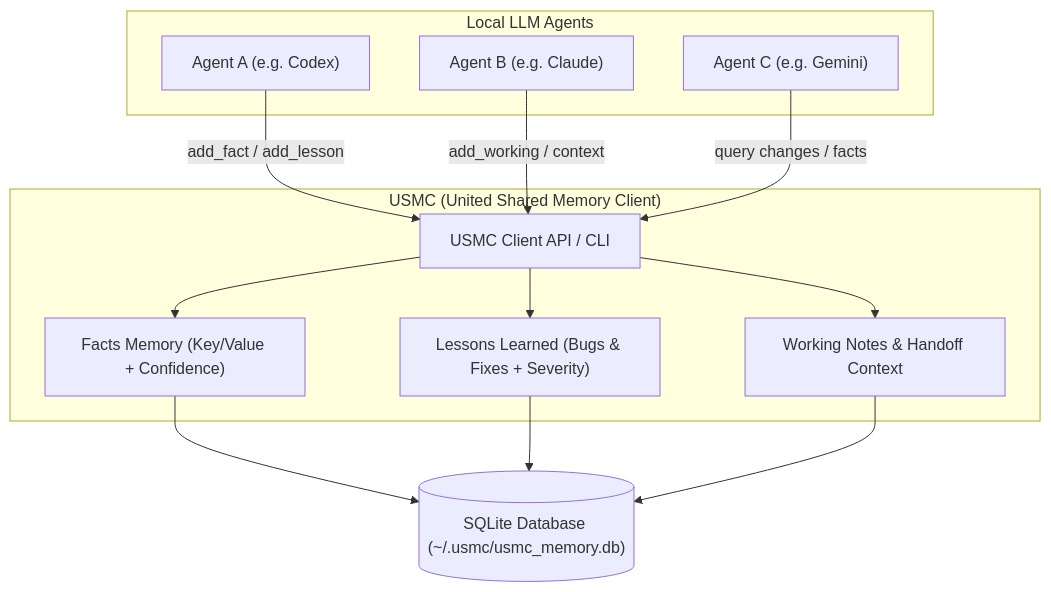
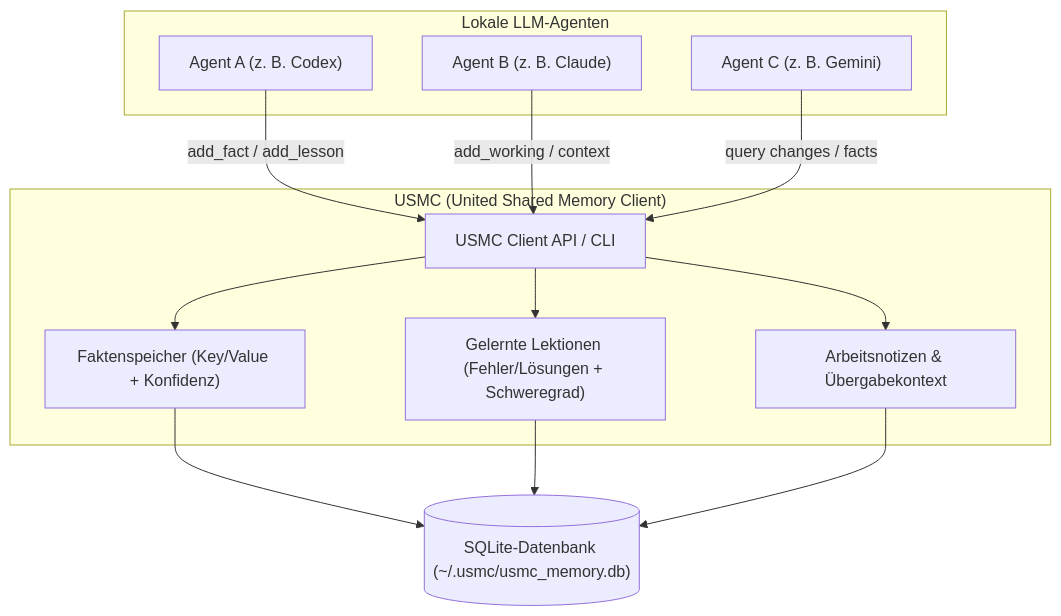
One commit to ellmos-ai/usmc changed the first of 2 diagrams in README_de.md. Above: the diagram before and after it, drawn with Mermaid. The commit also changed other lines of this file and 8 other files, not shown here.

````diff
--- a/README_de.md
+++ b/README_de.md
@@ -52,29 +97,29 @@
 ```mermaid
 graph TD
-    subgraph Agents ["Local LLM Agents"]
-        A1["Agent A (e.g. Codex)"]
-        A2["Agent B (e.g. Claude)"]
-        A3["Agent C (e.g. Gemini)"]
+    subgraph Agents ["Lokale LLM-Agenten"]
+        A1["Agent A (z. B. Codex)"]
+        A2["Agent B (z. B. Claude)"]
+        A3["Agent C (z. B. Gemini)"]
     end
 
     subgraph USMC ["USMC (United Shared Memory Client)"]
         API["USMC Client API / CLI"]
-        FM["Facts Memory (Key/Value + Confidence)"]
-        LM["Lessons Learned (Bugs & Fixes + Severity)"]
-        WM["Working Notes & Handoff Context"]
+        FM["Faktenspeicher (Key/Value + Konfidenz)"]
+        LM["Gelernte Lektionen (Fehler/Lösungen + Schweregrad)"]
+        WM["Arbeitsnotizen & Übergabekontext"]
     end
 
-    DB[("SQLite Database (~/.usmc/usmc_memory.db)")]
+    DB[("SQLite-Datenbank (~/.usmc/usmc_memory.db)")]
 
     A1 -->|add_fact / add_lesson| API
     A2 -->|add_working / context| API
     A3 -->|query changes / facts| API
 
     API --> FM
     API --> LM
     API --> WM
 
     FM --> DB
     LM --> DB
     WM --> DB
 ```
````
